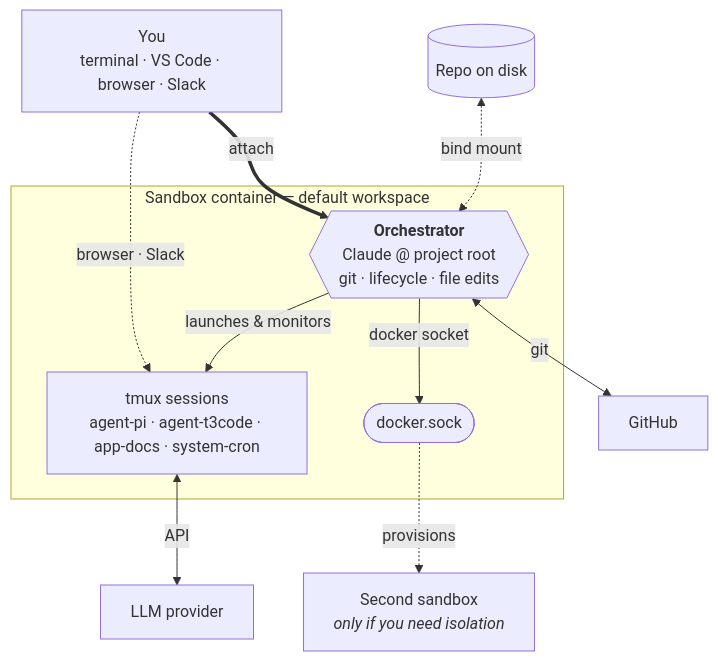
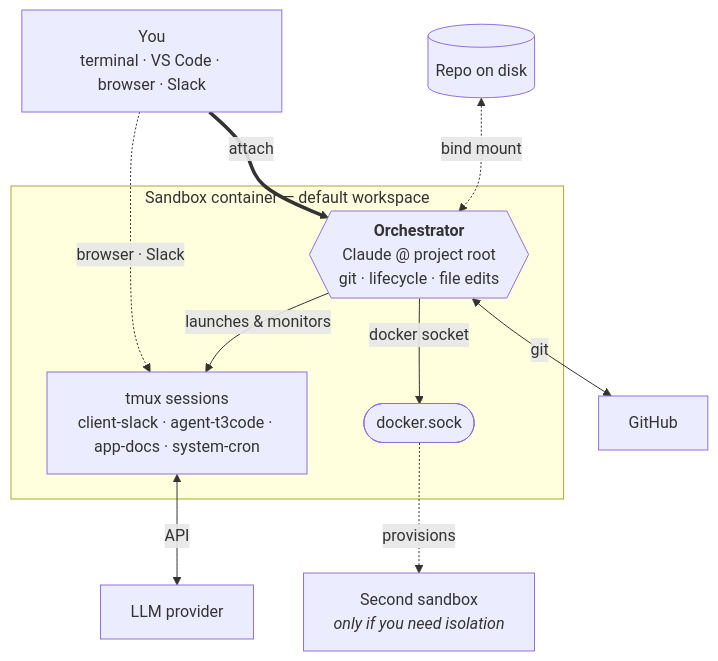
Before and after one commit to mifunedev/openharness: the diagram in docs/intro.md, drawn with Mermaid. The commit also changed 8 other files, not shown here.

First line of the commit message:
task: rename agent-pi → client-slack tmux session + restore on restart

````diff
--- a/docs/intro.md
+++ b/docs/intro.md
@@ -33,24 +33,24 @@
 ```mermaid
 flowchart TB
     You["You<br/>terminal · VS Code · browser · Slack"]
     Repo[("Repo on disk")]
     GH["GitHub"]
     LLM["LLM provider"]
 
     subgraph sandbox["Sandbox container — default workspace"]
         Orch{{"<b>Orchestrator</b><br/>Claude @ project root<br/>git · lifecycle · file edits"}}
-        Tmux["tmux sessions<br/>agent-pi · agent-t3code · app-docs · system-cron"]
+        Tmux["tmux sessions<br/>client-slack · agent-t3code · app-docs · system-cron"]
         Sock(["docker.sock"])
     end
 
     Sb2["Second sandbox<br/><i>only if you need isolation</i>"]
 
     You ==>|attach| Orch
     You -.->|browser · Slack| Tmux
     Repo <-.->|bind mount| Orch
     Orch -->|launches & monitors| Tmux
     Orch <-->|git| GH
     Tmux <-->|API| LLM
     Orch -->|docker socket| Sock
     Sock -.->|provisions| Sb2
 ```
````
